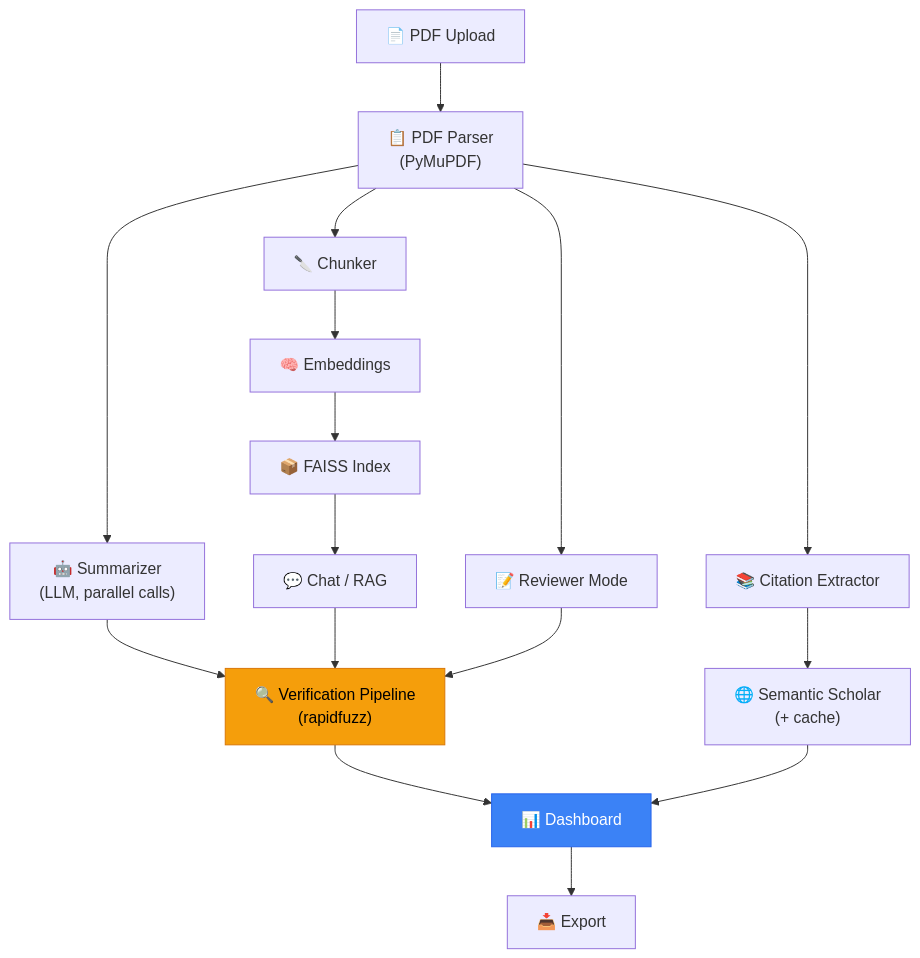
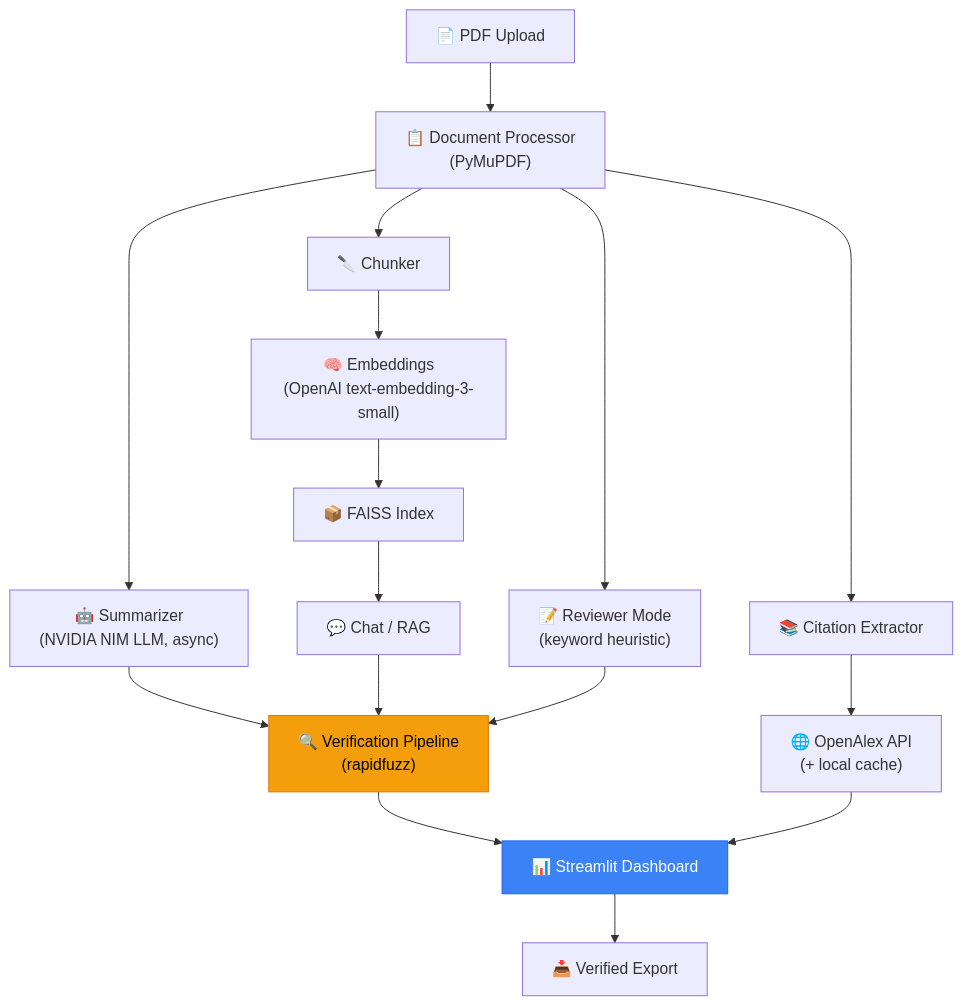
One commit to skyhawk27/Skill-Issue-Ayushmaan-Aaryan changed the diagram in README.md. Above: the diagram before and after it, drawn with Mermaid. The commit also changed other lines of this file, not shown here.

````diff
--- a/README.md
+++ b/README.md
@@ -68,21 +86,21 @@
 ```mermaid
 flowchart TD
-    A["📄 PDF Upload"] --> B["📋 PDF Parser<br/>(PyMuPDF)"]
+    A["📄 PDF Upload"] --> B["📋 Document Processor<br/>(PyMuPDF)"]
     B --> C["🔪 Chunker"]
-    B --> D["🤖 Summarizer<br/>(LLM, parallel calls)"]
-    C --> E["🧠 Embeddings"]
+    B --> D["🤖 Summarizer<br/>(NVIDIA NIM LLM, async)"]
+    C --> E["🧠 Embeddings<br/>(OpenAI text-embedding-3-small)"]
     E --> F["📦 FAISS Index"]
     D --> G["🔍 Verification Pipeline<br/>(rapidfuzz)"]
-    G --> H["📊 Dashboard"]
+    G --> H["📊 Streamlit Dashboard"]
     F --> I["💬 Chat / RAG"]
     I --> G
     B --> J["📚 Citation Extractor"]
-    J --> K["🌐 Semantic Scholar<br/>(+ cache)"]
+    J --> K["🌐 OpenAlex API<br/>(+ local cache)"]
     K --> H
-    B --> L["📝 Reviewer Mode"]
+    B --> L["📝 Reviewer Mode<br/>(keyword heuristic)"]
     L --> G
-    H --> M["📥 Export"]
+    H --> M["📥 Verified Export"]
 
     style G fill:#f59e0b,stroke:#d97706,color:#000
     style H fill:#3b82f6,stroke:#2563eb,color:#fff
 ```
````
